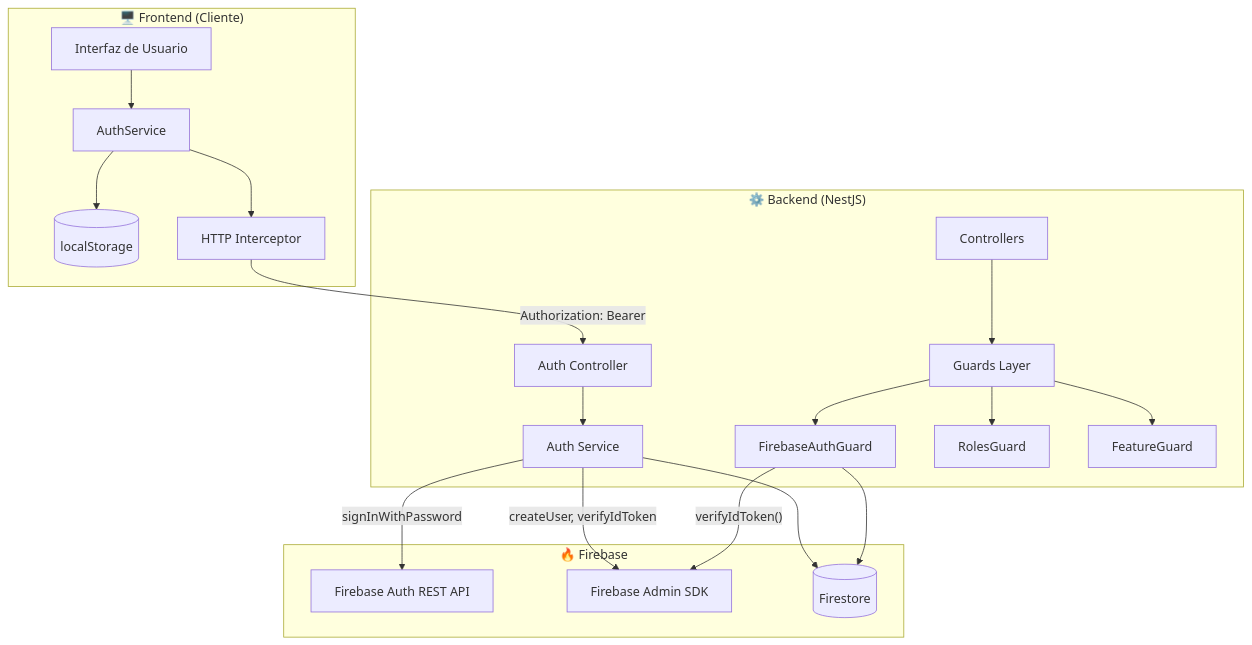
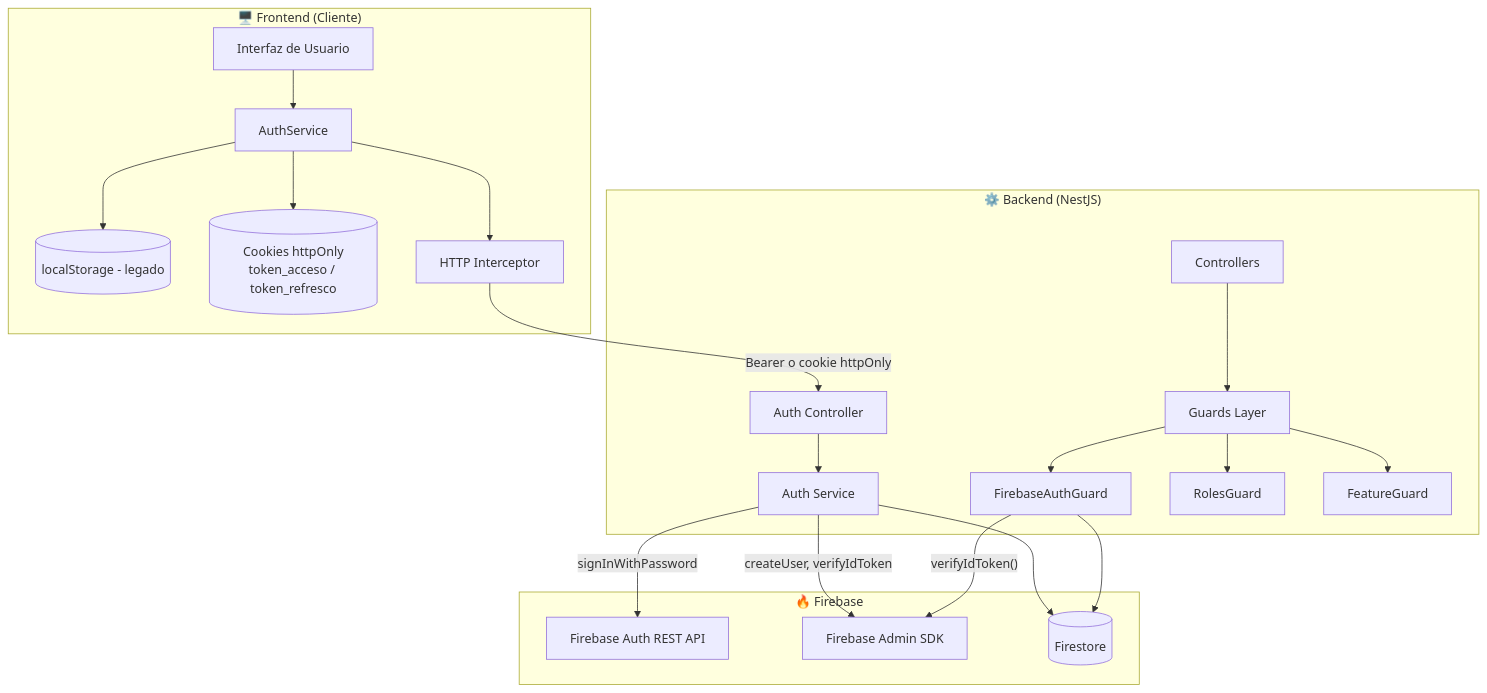
The first of 12 diagrams in docs/AUTH-FLOW.md (Isael7w7/raices-backend), drawn with Mermaid before and after one commit. The commit also changed other lines of this file, not shown here.

Commit message:
docs: actualizar AUTH-FLOW.md con el flujo dual de sesión (cookies httpOnly)

````diff
--- a/docs/AUTH-FLOW.md
+++ b/docs/AUTH-FLOW.md
@@ -27,40 +28,42 @@
 ```mermaid
 graph TB
     subgraph Frontend["🖥️ Frontend (Cliente)"]
         UI[Interfaz de Usuario]
         AuthSvc[AuthService]
-        TokenStore[(localStorage)]
+        TokenStore[(localStorage - legado)]
+        Cookies[(Cookies httpOnly<br/>token_acceso / token_refresco)]
         Interceptor[HTTP Interceptor]
     end
 
     subgraph Backend["⚙️ Backend (NestJS)"]
         AuthCtrl[Auth Controller]
         AuthSvc2[Auth Service]
         Guards[Guards Layer]
         FGuard[FirebaseAuthGuard]
         RGuard[RolesGuard]
         FeatGuard[FeatureGuard]
         Controllers[Controllers]
     end
 
     subgraph Firebase["🔥 Firebase"]
         AuthAPI[Firebase Auth REST API]
         AdminSDK[Firebase Admin SDK]
         Firestore[(Firestore)]
     end
 
     UI --> AuthSvc
     AuthSvc --> TokenStore
+    AuthSvc --> Cookies
     AuthSvc --> Interceptor
-    Interceptor -->|"Authorization: Bearer <token>"| AuthCtrl
+    Interceptor -->|"Bearer <token> o cookie httpOnly"| AuthCtrl
     AuthCtrl --> AuthSvc2
     AuthSvc2 -->|"signInWithPassword"| AuthAPI
     AuthSvc2 -->|"createUser, verifyIdToken"| AdminSDK
     AuthSvc2 --> Firestore
     Controllers --> Guards
     Guards --> FGuard
     Guards --> RGuard
     Guards --> FeatGuard
     FGuard -->|"verifyIdToken()"| AdminSDK
     FGuard --> Firestore
 ```
````
